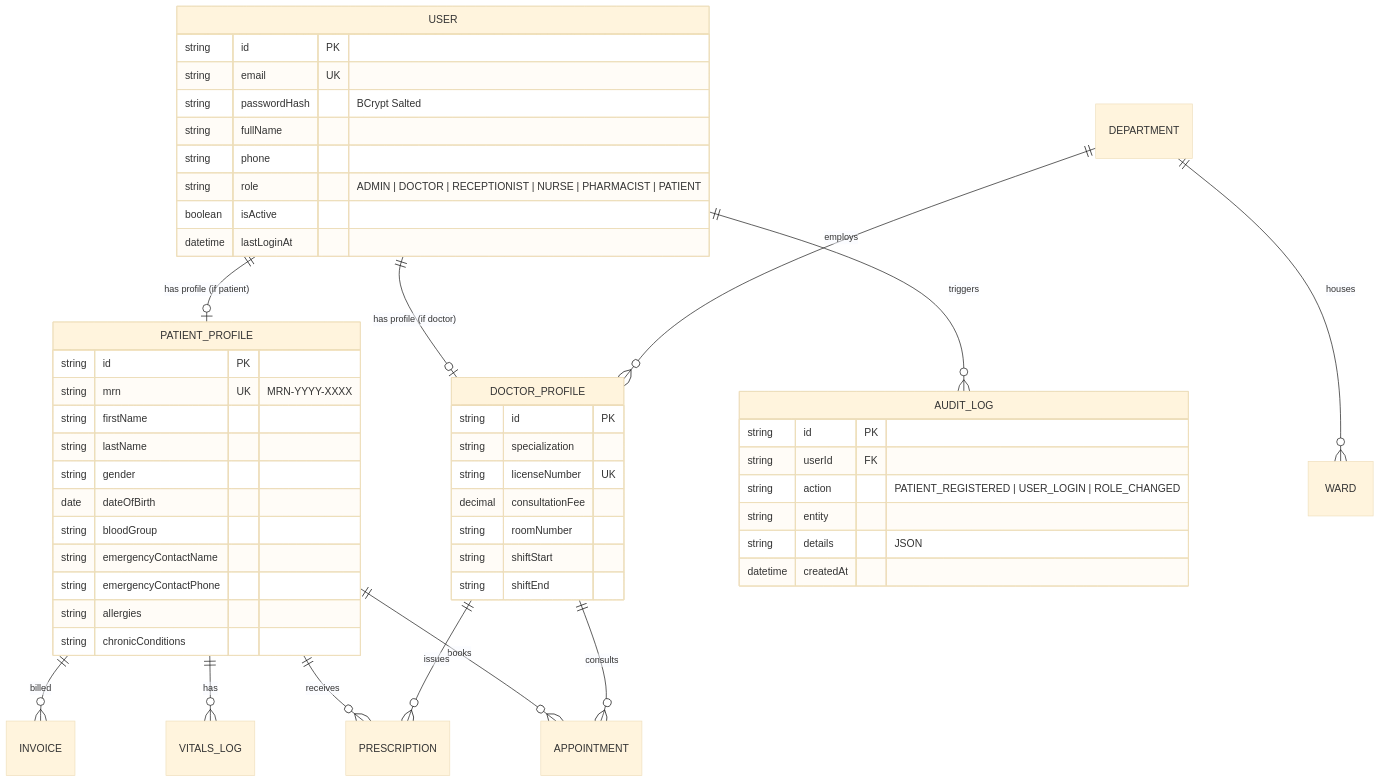
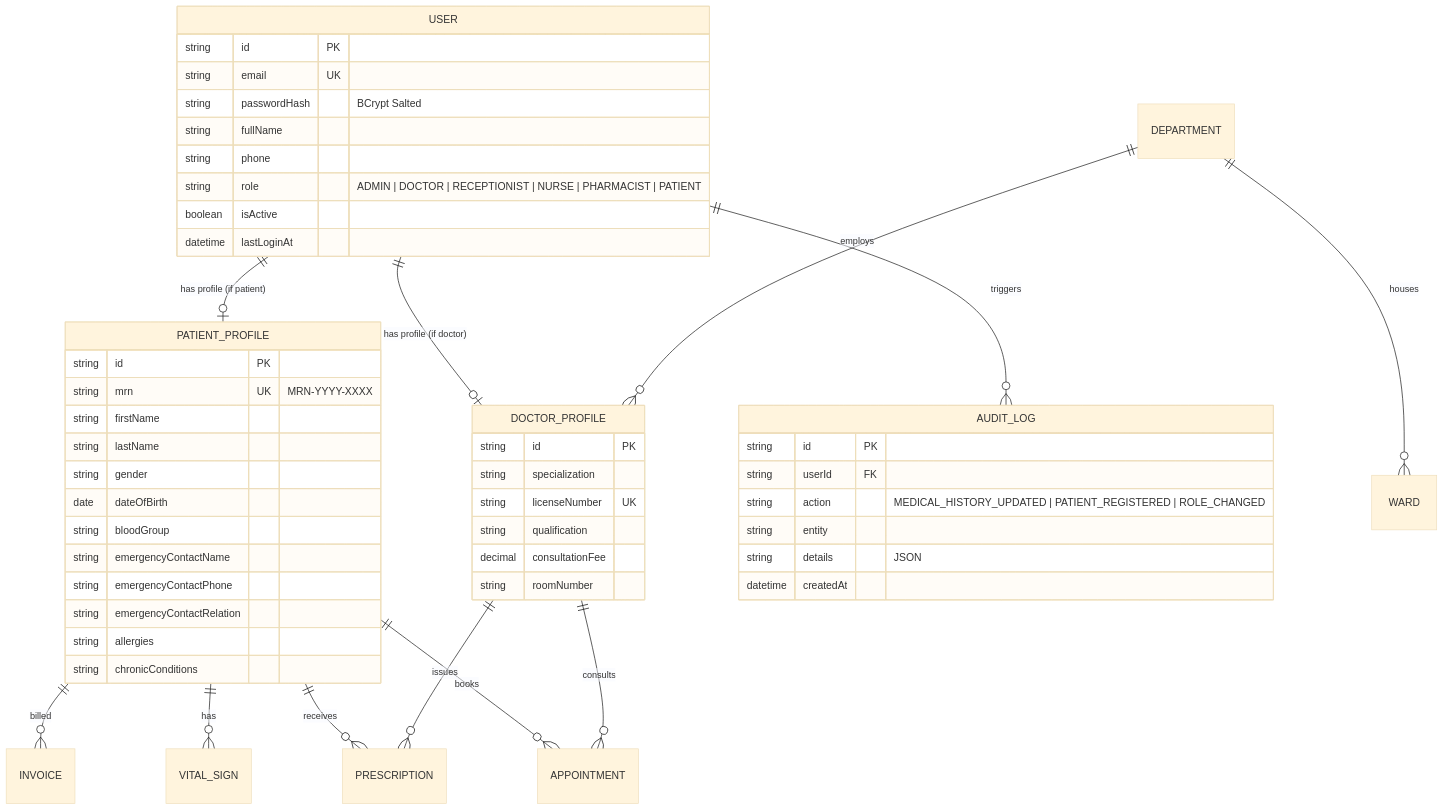
One commit to ansariking51214/Smart-Hospital-management-system changed the diagram in README.md. Above: the diagram before and after it, drawn with Mermaid (base theme). The commit also changed other lines of this file and 11 other files, not shown here.

Commit message:
feat(module1-day5): implement multi-criteria patient search, longitudinal EHR medical history timeline, emergency contact management, and interactive medical dashboard

````diff
--- a/README.md
+++ b/README.md
@@ -77,58 +73,58 @@
 ```mermaid
 erDiagram
     USER ||--o| DOCTOR_PROFILE : "has profile (if doctor)"
     USER ||--o| PATIENT_PROFILE : "has profile (if patient)"
     USER ||--o{ AUDIT_LOG : "triggers"
     DEPARTMENT ||--o{ DOCTOR_PROFILE : "employs"
     DEPARTMENT ||--o{ WARD : "houses"
     PATIENT_PROFILE ||--o{ APPOINTMENT : "books"
-    PATIENT_PROFILE ||--o{ VITALS_LOG : "has"
+    PATIENT_PROFILE ||--o{ VITAL_SIGN : "has"
     PATIENT_PROFILE ||--o{ PRESCRIPTION : "receives"
     PATIENT_PROFILE ||--o{ INVOICE : "billed"
     DOCTOR_PROFILE ||--o{ APPOINTMENT : "consults"
     DOCTOR_PROFILE ||--o{ PRESCRIPTION : "issues"
 
     USER {
         string id PK
         string email UK
         string passwordHash "BCrypt Salted"
         string fullName
         string phone
         string role "ADMIN | DOCTOR | RECEPTIONIST | NURSE | PHARMACIST | PATIENT"
         boolean isActive
         datetime lastLoginAt
     }
 
     PATIENT_PROFILE {
         string id PK
         string mrn UK "MRN-YYYY-XXXX"
         string firstName
         string lastName
         string gender
         date dateOfBirth
         string bloodGroup
         string emergencyContactName
         string emergencyContactPhone
+        string emergencyContactRelation
         string allergies
         string chronicConditions
     }
 
     DOCTOR_PROFILE {
         string id PK
         string specialization
         string licenseNumber UK
+        string qualification
         decimal consultationFee
         string roomNumber
-        string shiftStart
-        string shiftEnd
     }
 
     AUDIT_LOG {
         string id PK
         string userId FK
-        string action "PATIENT_REGISTERED | USER_LOGIN | ROLE_CHANGED"
+        string action "MEDICAL_HISTORY_UPDATED | PATIENT_REGISTERED | ROLE_CHANGED"
         string entity
         string details "JSON"
         datetime createdAt
     }
 ```
````
